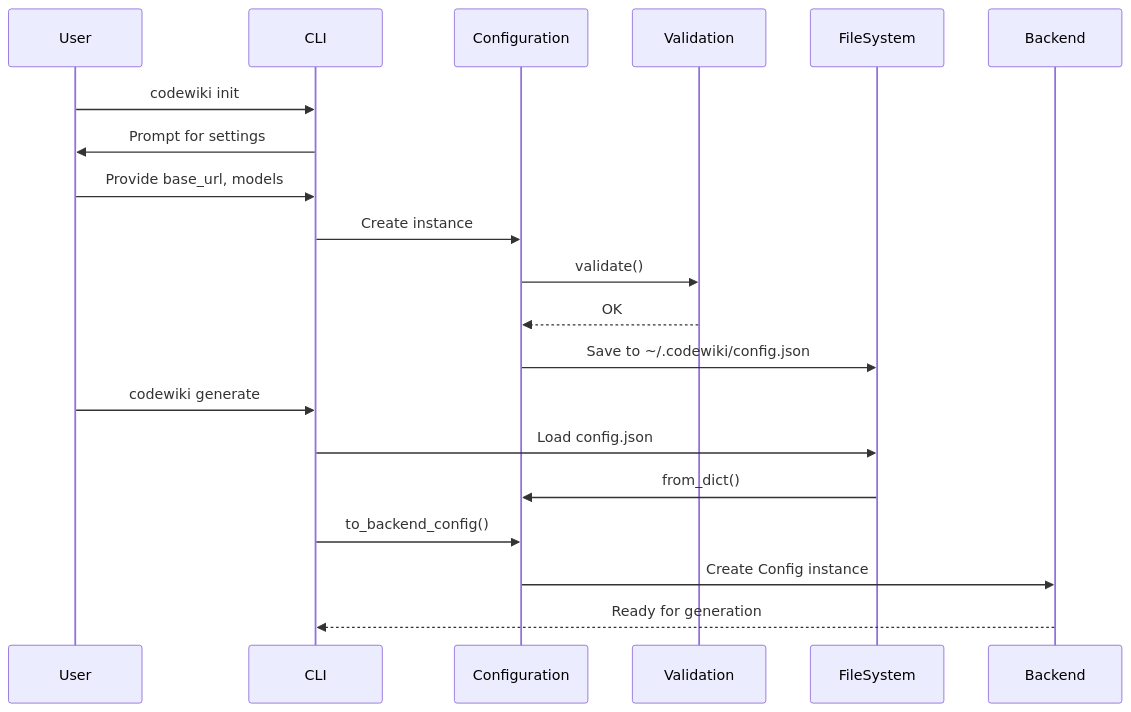
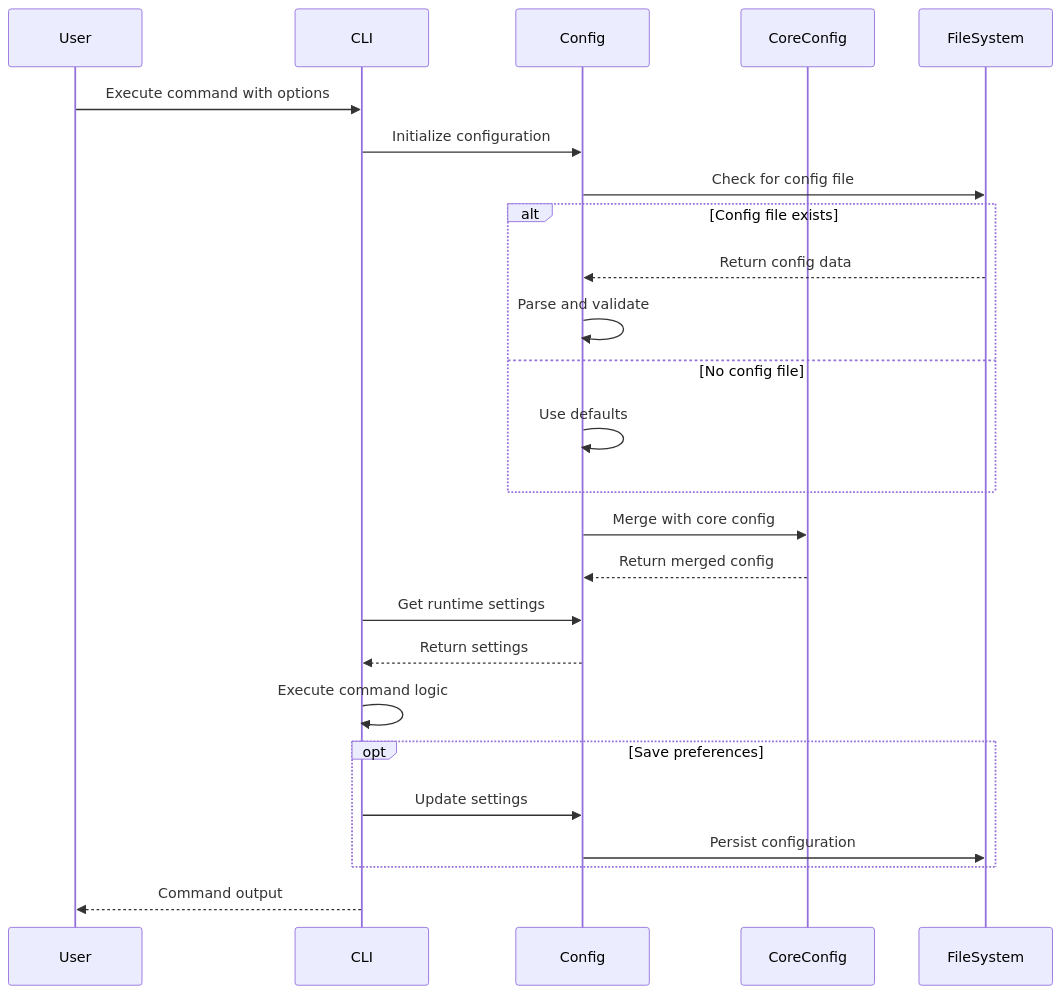
Before and after one commit to lsu123/ai-agent: the third of 17 diagrams in docs/cli_interface.md, drawn with Mermaid. The commit also changed other lines of this file and 10 other files, not shown here.

````diff
--- a/docs/cli_interface.md
+++ b/docs/cli_interface.md
@@ -162,24 +149,34 @@
 ```mermaid
 sequenceDiagram
     participant User
     participant CLI
-    participant Configuration
-    participant Validation
+    participant Config
+    participant CoreConfig
     participant FileSystem
-    participant Backend
     
-    User->>CLI: codewiki init
-    CLI->>User: Prompt for settings
-    User->>CLI: Provide base_url, models
-    CLI->>Configuration: Create instance
-    Configuration->>Validation: validate()
-    Validation-->>Configuration: OK
-    Configuration->>FileSystem: Save to ~/.codewiki/config.json
+    User->>CLI: Execute command with options
+    CLI->>Config: Initialize configuration
+    Config->>FileSystem: Check for config file
     
-    User->>CLI: codewiki generate
-    CLI->>FileSystem: Load config.json
-    FileSystem->>Configuration: from_dict()
-    CLI->>Configuration: to_backend_config()
-    Configuration->>Backend: Create Config instance
-    Backend-->>CLI: Ready for generation
+    alt Config file exists
+        FileSystem-->>Config: Return config data
+        Config->>Config: Parse and validate
+    else No config file
+        Config->>Config: Use defaults
+    end
+    
+    Config->>CoreConfig: Merge with core config
+    CoreConfig-->>Config: Return merged config
+    
+    CLI->>Config: Get runtime settings
+    Config-->>CLI: Return settings
+    
+    CLI->>CLI: Execute command logic
+    
+    opt Save preferences
+        CLI->>Config: Update settings
+        Config->>FileSystem: Persist configuration
+    end
+    
+    CLI-->>User: Command output
 ```
````
